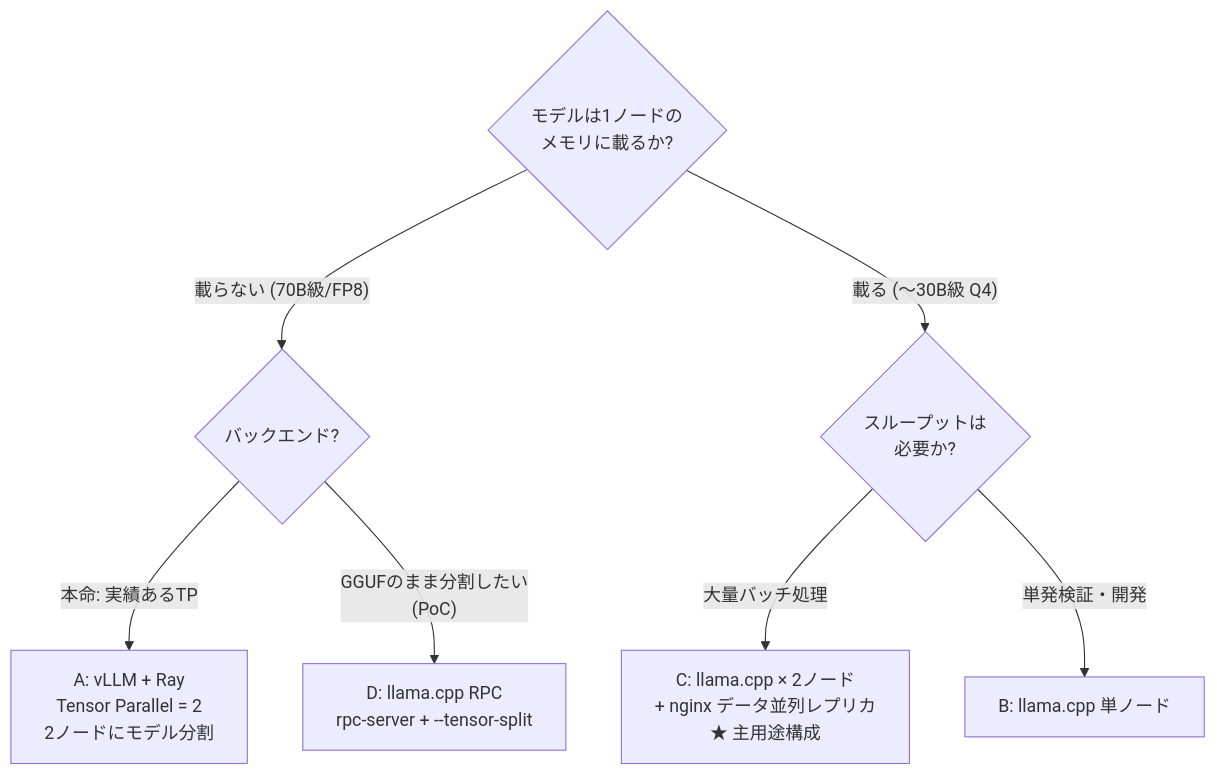
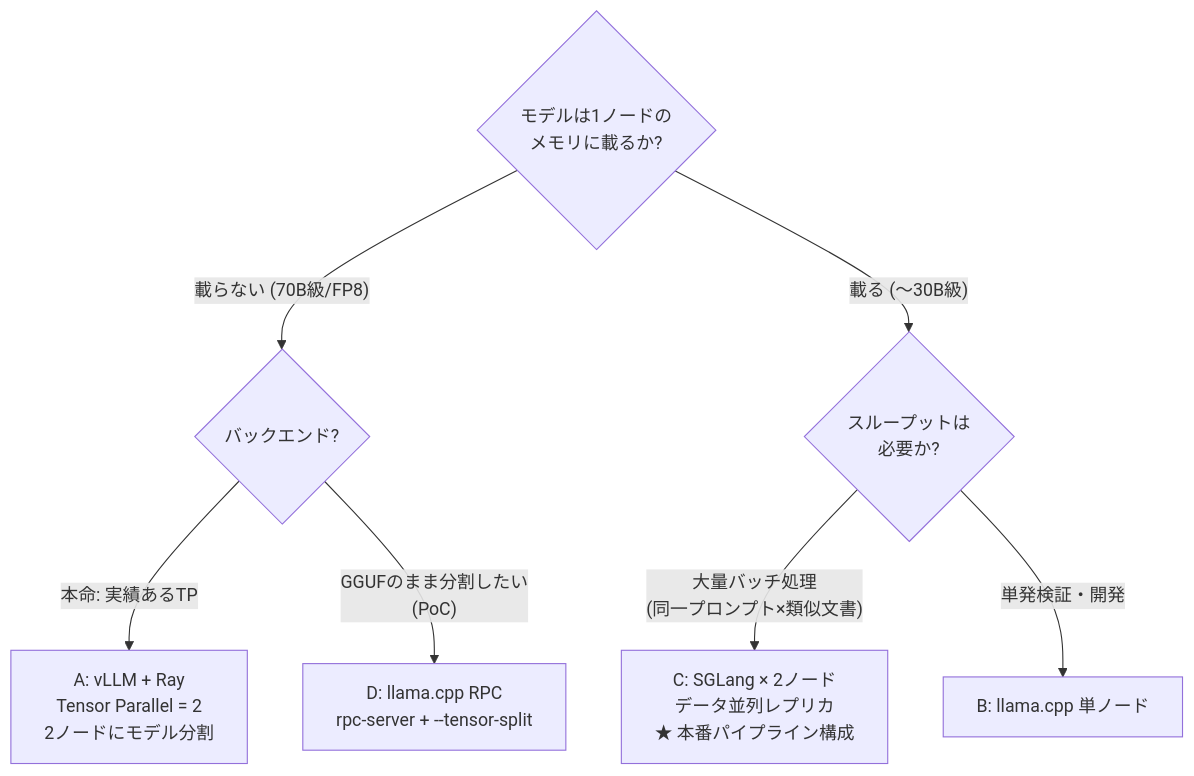
Before and after one commit to Yuity0725/portfolio: the second of 3 diagrams in local-llm-inference-platform/ARCHITECTURE.md, drawn with Mermaid. The commit also changed other lines of this file and 8 other files, not shown here.

````diff
--- a/local-llm-inference-platform/ARCHITECTURE.md
+++ b/local-llm-inference-platform/ARCHITECTURE.md
@@ -43,10 +43,10 @@
 ```mermaid
 flowchart TD
     S{"モデルは1ノードの<br/>メモリに載るか?"}
     S -->|"載らない (70B級/FP8)"| T{"バックエンド?"}
     T -->|"本命: 実績あるTP"| A["A: vLLM + Ray<br/>Tensor Parallel = 2<br/>2ノードにモデル分割"]
     T -->|"GGUFのまま分割したい<br/>(PoC)"| D["D: llama.cpp RPC<br/>rpc-server + --tensor-split"]
-    S -->|"載る (〜30B級 Q4)"| U{"スループットは<br/>必要か?"}
-    U -->|"大量バッチ処理"| C["C: llama.cpp × 2ノード<br/>+ nginx データ並列レプリカ<br/>★ 主用途構成"]
+    S -->|"載る (〜30B級)"| U{"スループットは<br/>必要か?"}
+    U -->|"大量バッチ処理<br/>(同一プロンプト×類似文書)"| C["C: SGLang × 2ノード<br/>データ並列レプリカ<br/>★ 本番パイプライン構成"]
     U -->|"単発検証・開発"| B["B: llama.cpp 単ノード"]
 ```
````
